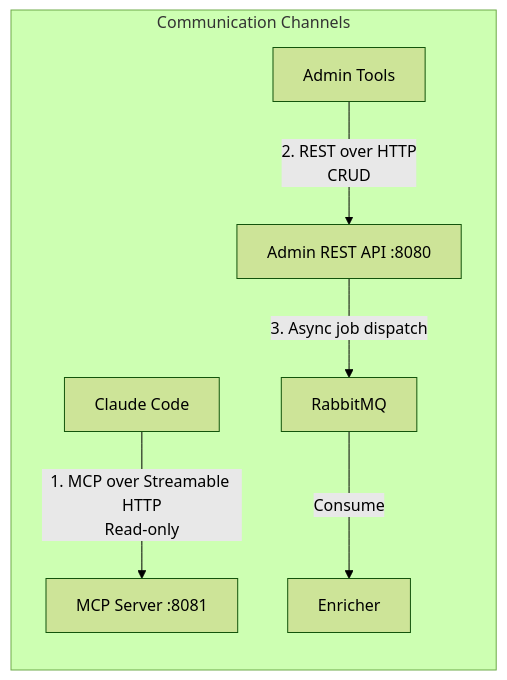
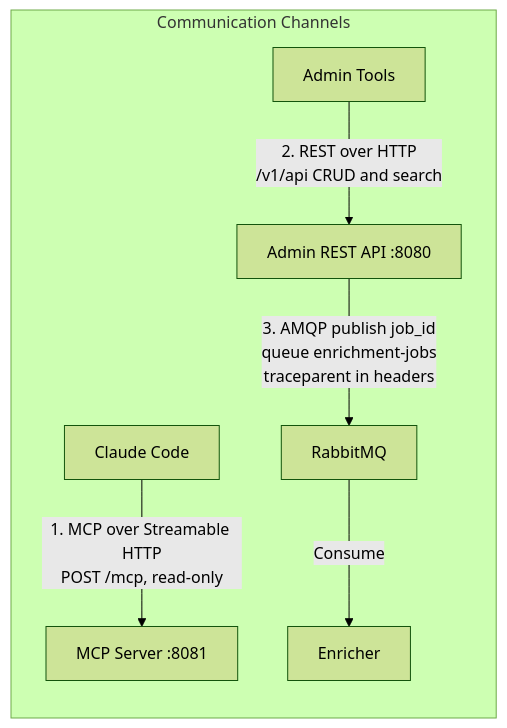
The first of 6 diagrams in docs/architecture/system/03-communication-patterns.md (twistingmercury/mnemonic-docs), drawn with Mermaid (forest theme) before and after one commit. The commit also changed other lines of this file and 41 other files, not shown here.

````diff
--- a/docs/architecture/system/03-communication-patterns.md
+++ b/docs/architecture/system/03-communication-patterns.md
@@ -23,16 +23,16 @@
 ```mermaid
 graph LR
     subgraph "Communication Channels"
         CC[Claude Code]
         ADMIN[Admin Tools]
         MCP[MCP Server :8081]
         REST[Admin REST API :8080]
         RMQ[RabbitMQ]
         ENR[Enricher]
     end
 
-    CC -->|"1. MCP over Streamable HTTP<br/>Read-only"| MCP
-    ADMIN -->|"2. REST over HTTP<br/>CRUD"| REST
-    REST -->|"3. Async job dispatch"| RMQ
+    CC -->|"1. MCP over Streamable HTTP<br/>POST /mcp, read-only"| MCP
+    ADMIN -->|"2. REST over HTTP<br/>/v1/api CRUD and search"| REST
+    REST -->|"3. AMQP publish job_id<br/>queue enrichment-jobs<br/>traceparent in headers"| RMQ
     RMQ -->|"Consume"| ENR
 ```
````
